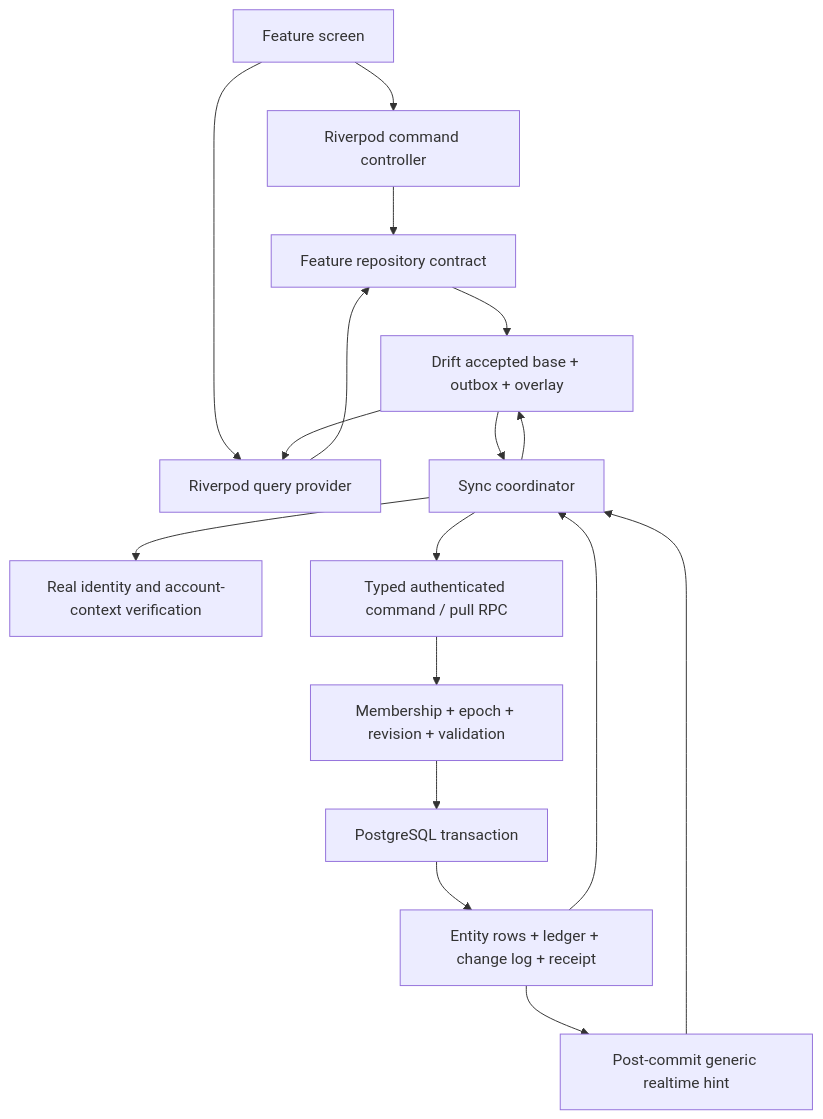
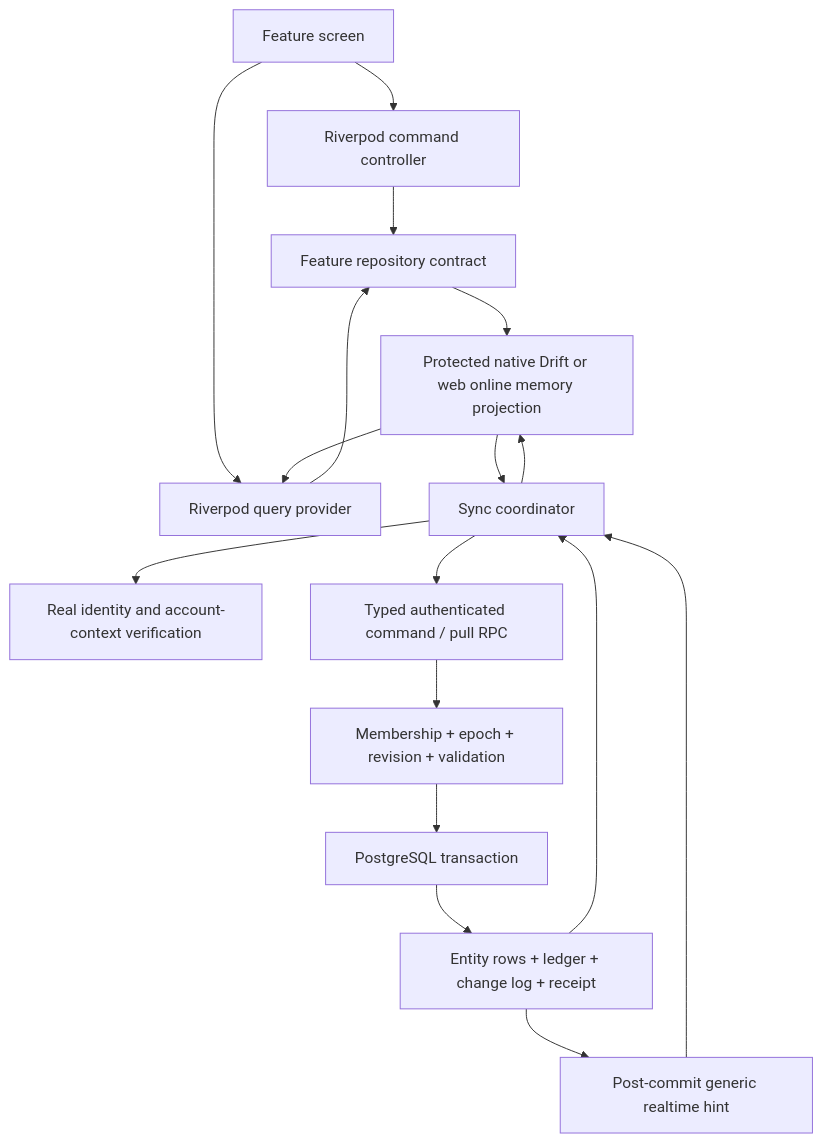
The first of 2 diagrams in docs/architecture/APPLICATION_CONTRACTS.md (oronex-dev/twogethera), drawn with Mermaid before and after one commit. The commit also changed other lines of this file and 19 other files, not shown here.

Commit message:
test: establish Twogethera security proof and architecture review

````diff
--- a/docs/architecture/APPLICATION_CONTRACTS.md
+++ b/docs/architecture/APPLICATION_CONTRACTS.md
@@ -67,19 +69,19 @@
 ```mermaid
 flowchart TD
     UI[Feature screen] --> Controller[Riverpod command controller]
     UI --> Query[Riverpod query provider]
     Query --> Repo[Feature repository contract]
     Controller --> Repo
-    Repo --> Local[Drift accepted base + outbox + overlay]
+    Repo --> Local[Protected native Drift or web online memory projection]
     Local --> Query
     Local --> Sync[Sync coordinator]
     Sync --> Auth[Real identity and account-context verification]
     Sync --> RPC[Typed authenticated command / pull RPC]
     RPC --> Checks[Membership + epoch + revision + validation]
     Checks --> TX[PostgreSQL transaction]
     TX --> Effects[Entity rows + ledger + change log + receipt]
     Effects --> Sync
     Sync --> Local
     Effects --> Hint[Post-commit generic realtime hint]
     Hint --> Sync
 ```
````
